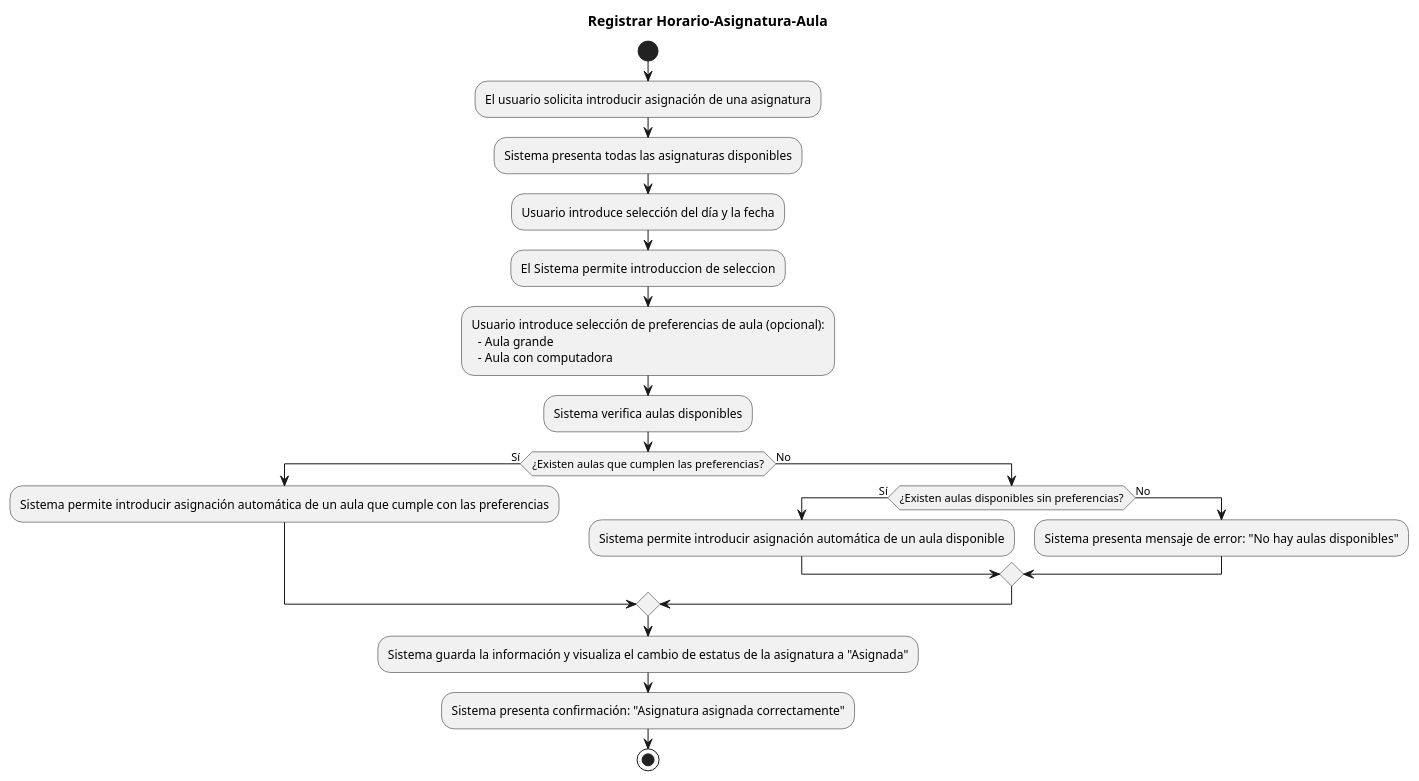
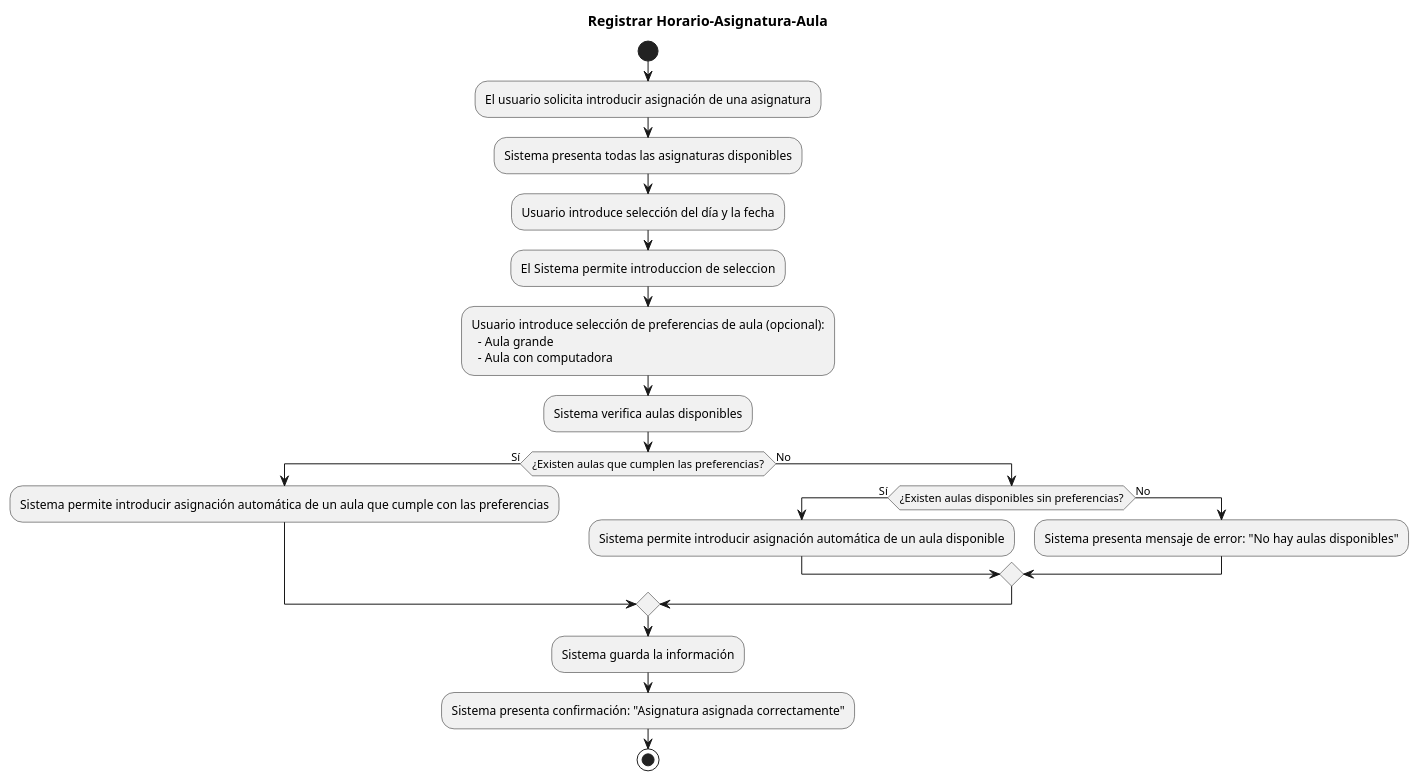
The diagram in casosDeUso/plantUML/HorarioAsignaturaAula/RegistrarHorarioAsignaturaAula.puml (mmasias/24-25-IdSw1-SDR), drawn with PlantUML before and after one commit. The commit also changed 5 other files, not shown here.

```diff
--- a/casosDeUso/plantUML/HorarioAsignaturaAula/RegistrarHorarioAsignaturaAula.puml
+++ b/casosDeUso/plantUML/HorarioAsignaturaAula/RegistrarHorarioAsignaturaAula.puml
@@ -1,26 +1,26 @@
 @startuml
 
 title Registrar Horario-Asignatura-Aula
 
 start
 :El usuario solicita introducir asignación de una asignatura;
 :Sistema presenta todas las asignaturas disponibles;
 :Usuario introduce selección del día y la fecha;
 :El Sistema permite introduccion  de seleccion;
 :Usuario introduce selección de preferencias de aula (opcional): 
   - Aula grande 
   - Aula con computadora;
 :Sistema verifica aulas disponibles;
 if (¿Existen aulas que cumplen las preferencias?) then (Sí)
   :Sistema permite introducir asignación automática de un aula que cumple con las preferencias;
 else (No)
   if (¿Existen aulas disponibles sin preferencias?) then (Sí)
     :Sistema permite introducir asignación automática de un aula disponible;
   else (No)
     :Sistema presenta mensaje de error: "No hay aulas disponibles";
   endif
 endif
-:Sistema guarda la información y visualiza el cambio de estatus de la asignatura a "Asignada";
+:Sistema guarda la información;
 :Sistema presenta confirmación: "Asignatura asignada correctamente";
 stop
 @enduml
```
